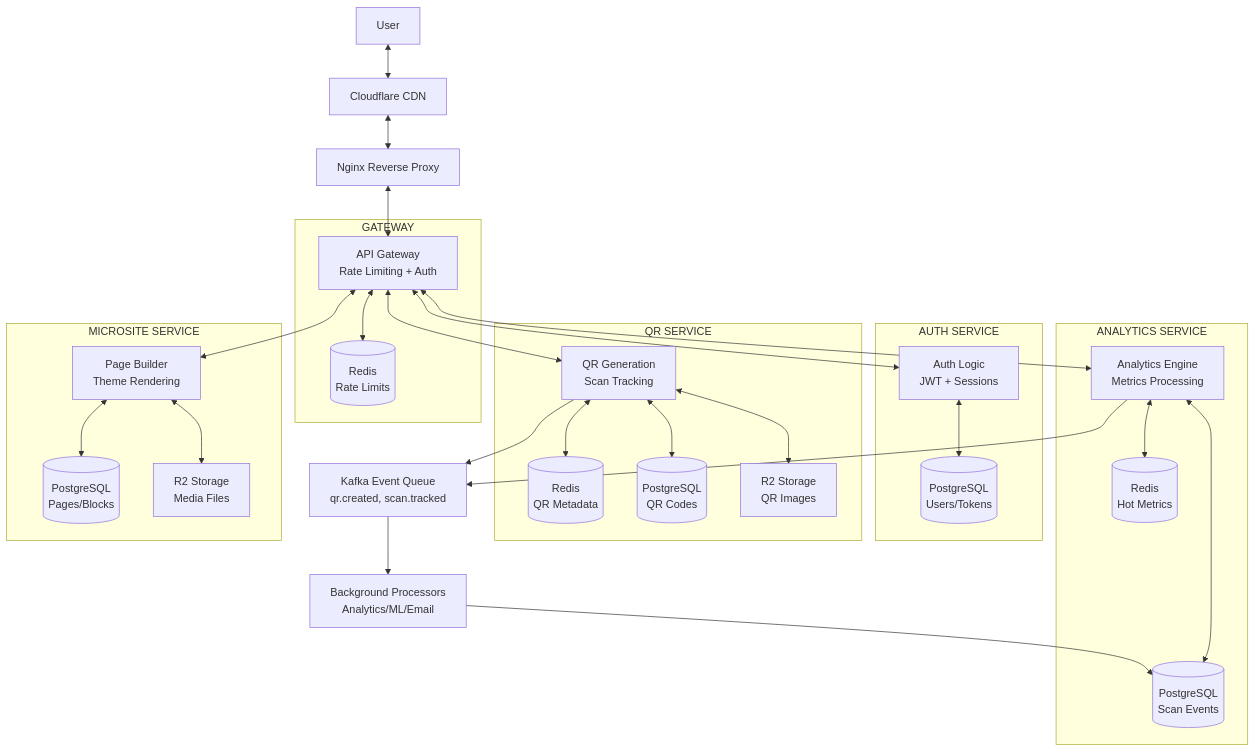
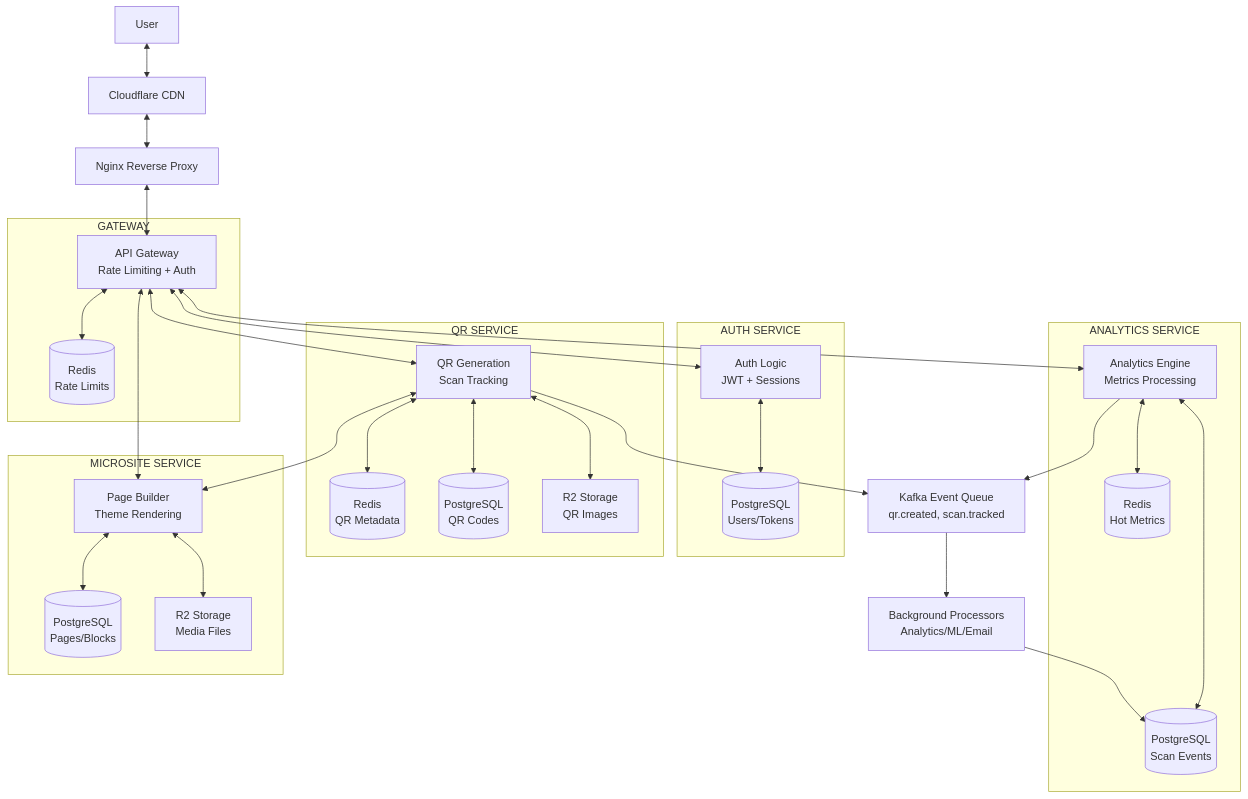
Before and after one commit to Scanly-io/qr-backend: the first of 2 diagrams in README.md, drawn with Mermaid. The commit also changed other lines of this file, not shown here.

Commit message:
Add QR-Microsite service integration showing scan redirection flow

````diff
--- a/README.md
+++ b/README.md
@@ -222,64 +222,66 @@
 ```mermaid
 flowchart TB
     User[User]
     CDN[Cloudflare CDN]
     Nginx[Nginx Reverse Proxy]
     
     subgraph gateway[" GATEWAY "]
         Gateway[API Gateway<br/>Rate Limiting + Auth]
         RateLimitRedis[(Redis<br/>Rate Limits)]
     end
     
     subgraph auth[" AUTH SERVICE "]
         AuthService[Auth Logic<br/>JWT + Sessions]
         AuthDB[(PostgreSQL<br/>Users/Tokens)]
     end
     
     subgraph qr[" QR SERVICE "]
         QRService[QR Generation<br/>Scan Tracking]
         QRCache[(Redis<br/>QR Metadata)]
         QRDB[(PostgreSQL<br/>QR Codes)]
         QRStorage[R2 Storage<br/>QR Images]
     end
     
     subgraph analytics[" ANALYTICS SERVICE "]
         AnalyticsService[Analytics Engine<br/>Metrics Processing]
         AnalyticsCache[(Redis<br/>Hot Metrics)]
         AnalyticsDB[(PostgreSQL<br/>Scan Events)]
     end
     
     subgraph microsite[" MICROSITE SERVICE "]
         MicrositeService[Page Builder<br/>Theme Rendering]
         MicrositeDB[(PostgreSQL<br/>Pages/Blocks)]
         MicrositeStorage[R2 Storage<br/>Media Files]
     end
     
     Kafka[Kafka Event Queue<br/>qr.created, scan.tracked]
     Consumers[Background Processors<br/>Analytics/ML/Email]
     
     User <--> CDN
     CDN <--> Nginx
     Nginx <--> Gateway
     Gateway <--> RateLimitRedis
     
     Gateway <--> AuthService
     AuthService <--> AuthDB
     
     Gateway <--> QRService
     QRService <--> QRCache
     QRService <--> QRDB
     QRService <--> QRStorage
     QRService --> Kafka
     
     Gateway <--> AnalyticsService
     AnalyticsService <--> AnalyticsCache
     AnalyticsService <--> AnalyticsDB
     AnalyticsService --> Kafka
     
     Gateway <--> MicrositeService
     MicrositeService <--> MicrositeDB
     MicrositeService <--> MicrositeStorage
     
+    QRService <--> MicrositeService
+    
     Kafka --> Consumers
     Consumers --> AnalyticsDB
 ```
````
